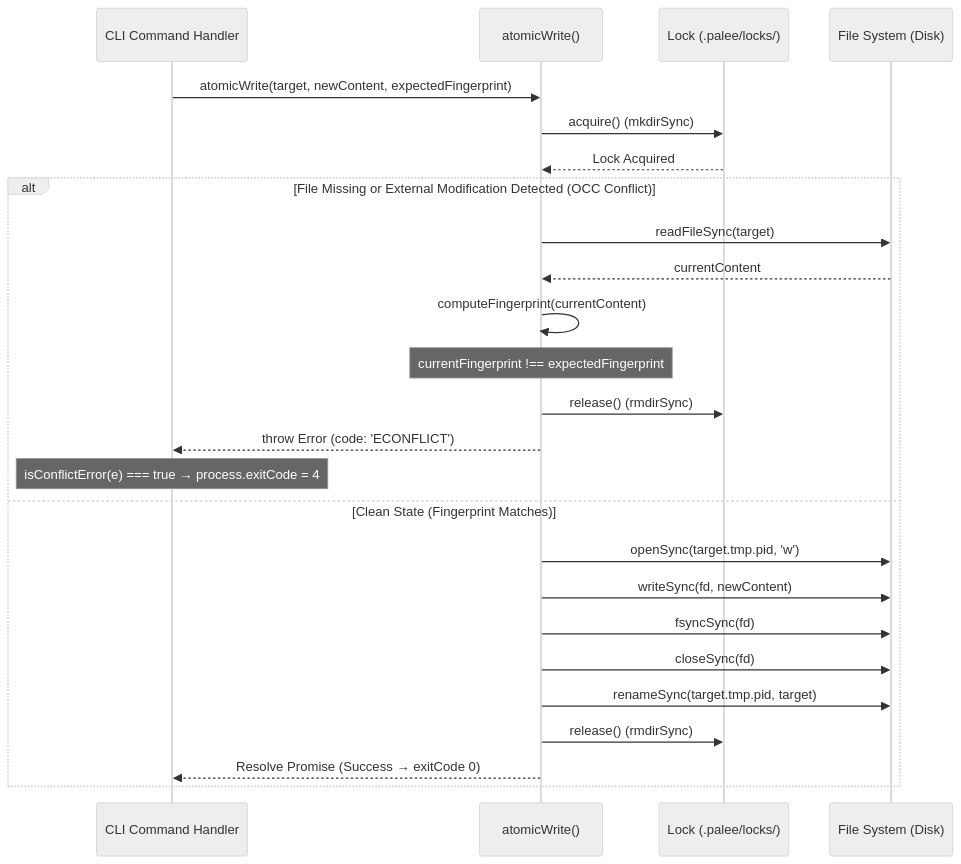
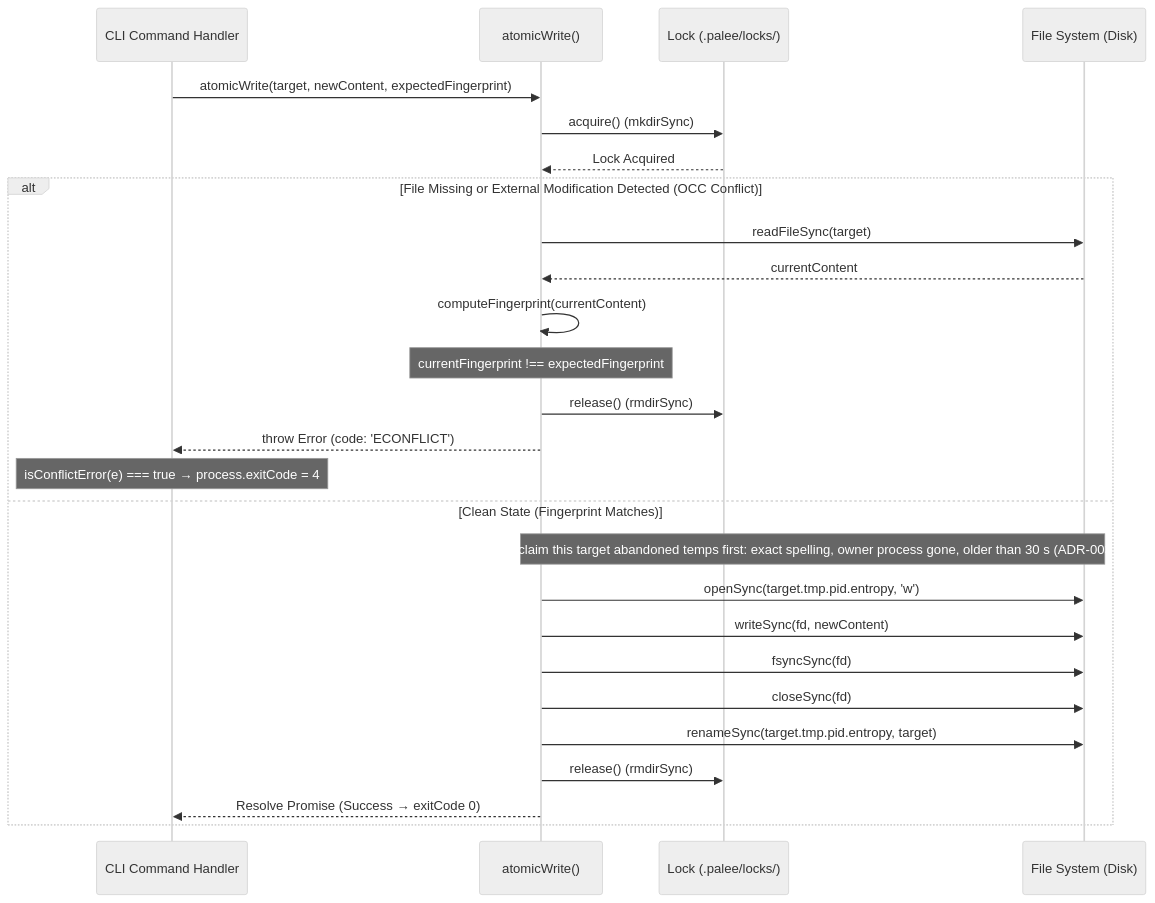
The first of 2 diagrams in docs/04-1-frontmatter-parser-and-atomic-writes.md (Kuldeep2822k/cli), drawn with Mermaid (neutral theme) before and after one commit. The commit also changed other lines of this file and 8 other files, not shown here.

````diff
--- a/docs/04-1-frontmatter-parser-and-atomic-writes.md
+++ b/docs/04-1-frontmatter-parser-and-atomic-writes.md
@@ -81,29 +82,30 @@
 ```mermaid
 sequenceDiagram
     participant CLI as CLI Command Handler
     participant AW as atomicWrite()
     participant Lock as Lock (.palee/locks/)
     participant FS as File System (Disk)
 
     CLI->>AW: atomicWrite(target, newContent, expectedFingerprint)
     AW->>Lock: acquire() (mkdirSync)
     Lock-->>AW: Lock Acquired
 
     alt File Missing or External Modification Detected (OCC Conflict)
         AW->>FS: readFileSync(target)
         FS-->>AW: currentContent
         AW->>AW: computeFingerprint(currentContent)
         Note over AW: currentFingerprint !== expectedFingerprint
         AW->>Lock: release() (rmdirSync)
         AW-->>CLI: throw Error (code: 'ECONFLICT')
         Note over CLI: isConflictError(e) === true → process.exitCode = 4
     else Clean State (Fingerprint Matches)
-        AW->>FS: openSync(target.tmp.pid, 'w')
+        Note over AW,FS: Reclaim this target abandoned temps first: exact spelling, owner process gone, older than 30 s (ADR-0034)
+        AW->>FS: openSync(target.tmp.pid.entropy, 'w')
         AW->>FS: writeSync(fd, newContent)
         AW->>FS: fsyncSync(fd)
         AW->>FS: closeSync(fd)
-        AW->>FS: renameSync(target.tmp.pid, target)
+        AW->>FS: renameSync(target.tmp.pid.entropy, target)
         AW->>Lock: release() (rmdirSync)
         AW-->>CLI: Resolve Promise (Success → exitCode 0)
     end
 ```
````
